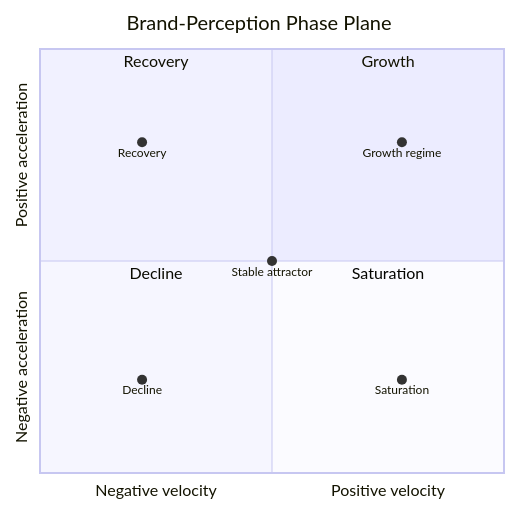
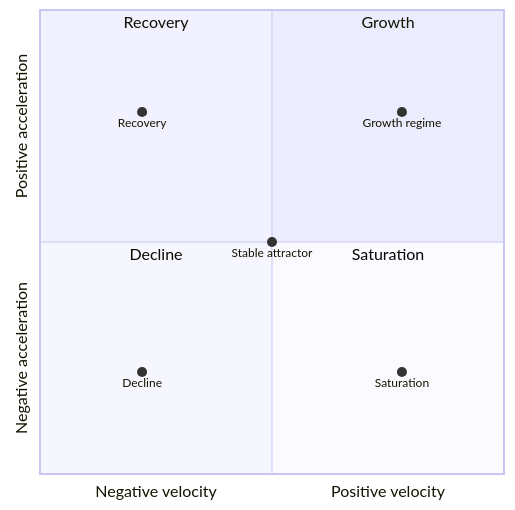
The first of 2 diagrams in r18-spectral-dynamics/paper.md (spectralbranding/sbt-papers), drawn with Mermaid before and after one commit. The commit also changed other lines of this file, not shown here.

Commit message:
r18-spectral-dynamics: remove redundant figure in-image titles + scale phase planes to 55%

````diff
--- a/r18-spectral-dynamics/paper.md
+++ b/r18-spectral-dynamics/paper.md
@@ -202,15 +202,14 @@
-```mermaid
+```{.mermaid width=55%}
 quadrantChart
-    title Brand-Perception Phase Plane
     x-axis Negative velocity --> Positive velocity
     y-axis Negative acceleration --> Positive acceleration
     quadrant-1 Growth
     quadrant-2 Recovery
     quadrant-3 Decline
     quadrant-4 Saturation
     Stable attractor: [0.50, 0.50]
     Growth regime: [0.78, 0.78]
     Saturation: [0.78, 0.22]
     Decline: [0.22, 0.22]
     Recovery: [0.22, 0.78]
 ```
````
